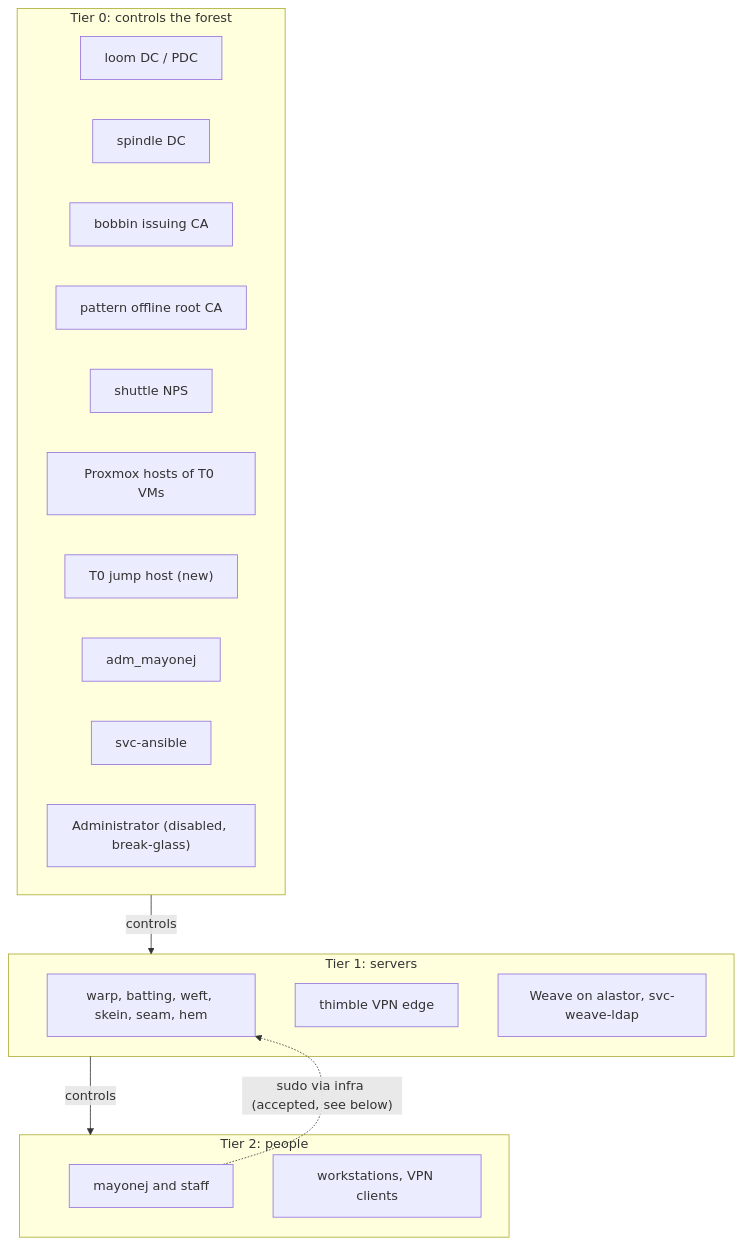
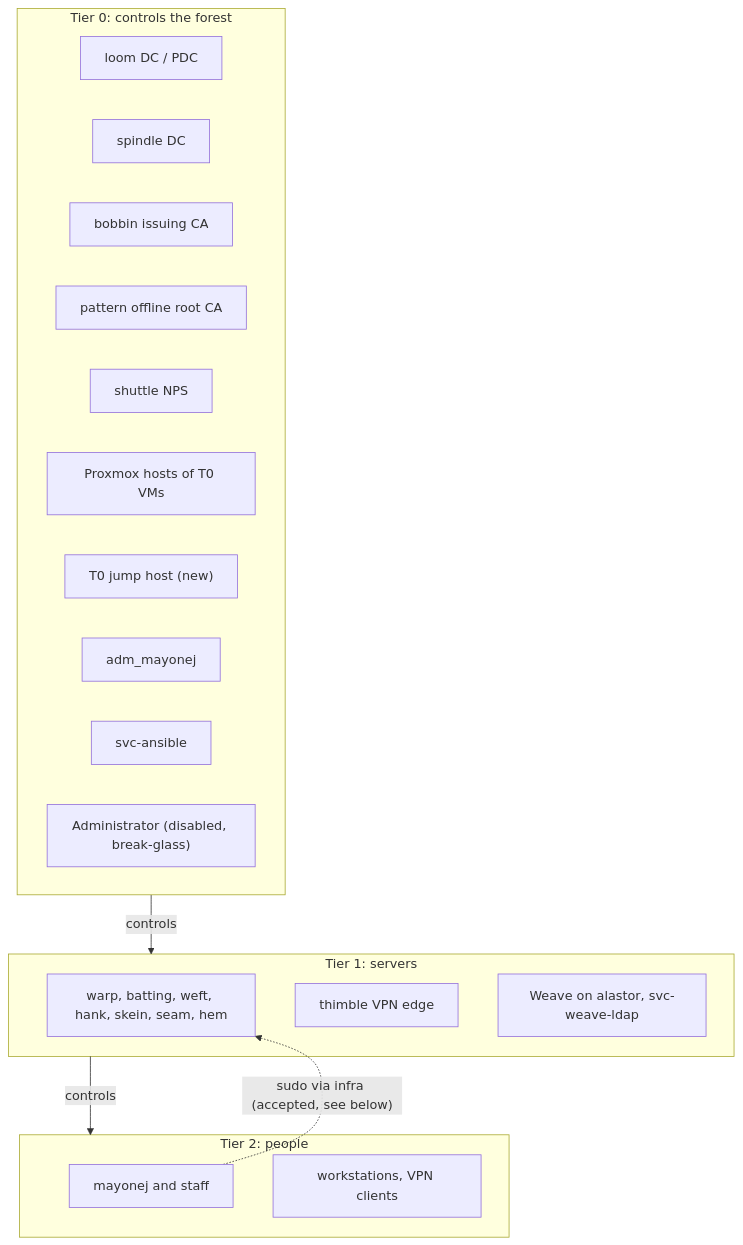
The first of 4 diagrams in ad/TIERING.md (patchworklabsorg/infra), drawn with Mermaid before and after one commit. The commit also changed other lines of this file and 8 other files, not shown here.

````diff
--- a/ad/TIERING.md
+++ b/ad/TIERING.md
@@ -101,26 +101,26 @@
 ```mermaid
 flowchart TB
   subgraph T0["Tier 0: controls the forest"]
     loom["loom DC / PDC"]
     spindle["spindle DC"]
     bobbin["bobbin issuing CA"]
     pattern["pattern offline root CA"]
     shuttle["shuttle NPS"]
     pve["Proxmox hosts of T0 VMs"]
     jump["T0 jump host (new)"]
     adm["adm_mayonej"]
     ans["svc-ansible"]
     bg["Administrator (disabled, break-glass)"]
   end
   subgraph T1["Tier 1: servers"]
-    nix["warp, batting, weft, skein, seam, hem"]
+    nix["warp, batting, weft, hank, skein, seam, hem"]
     thimble["thimble VPN edge"]
     weave["Weave on alastor, svc-weave-ldap"]
   end
   subgraph T2["Tier 2: people"]
     daily["mayonej and staff"]
     ws["workstations, VPN clients"]
   end
   T0 -->|controls| T1 -->|controls| T2
   daily -. "sudo via infra (accepted, see below)" .-> nix
 ```
````
